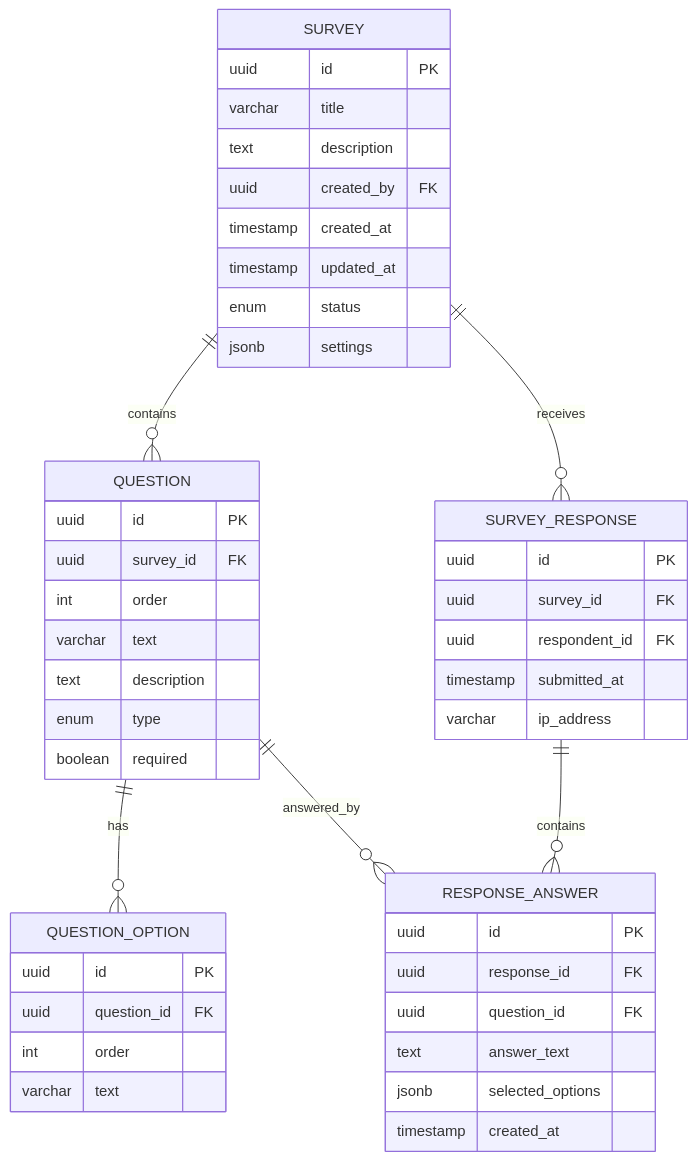
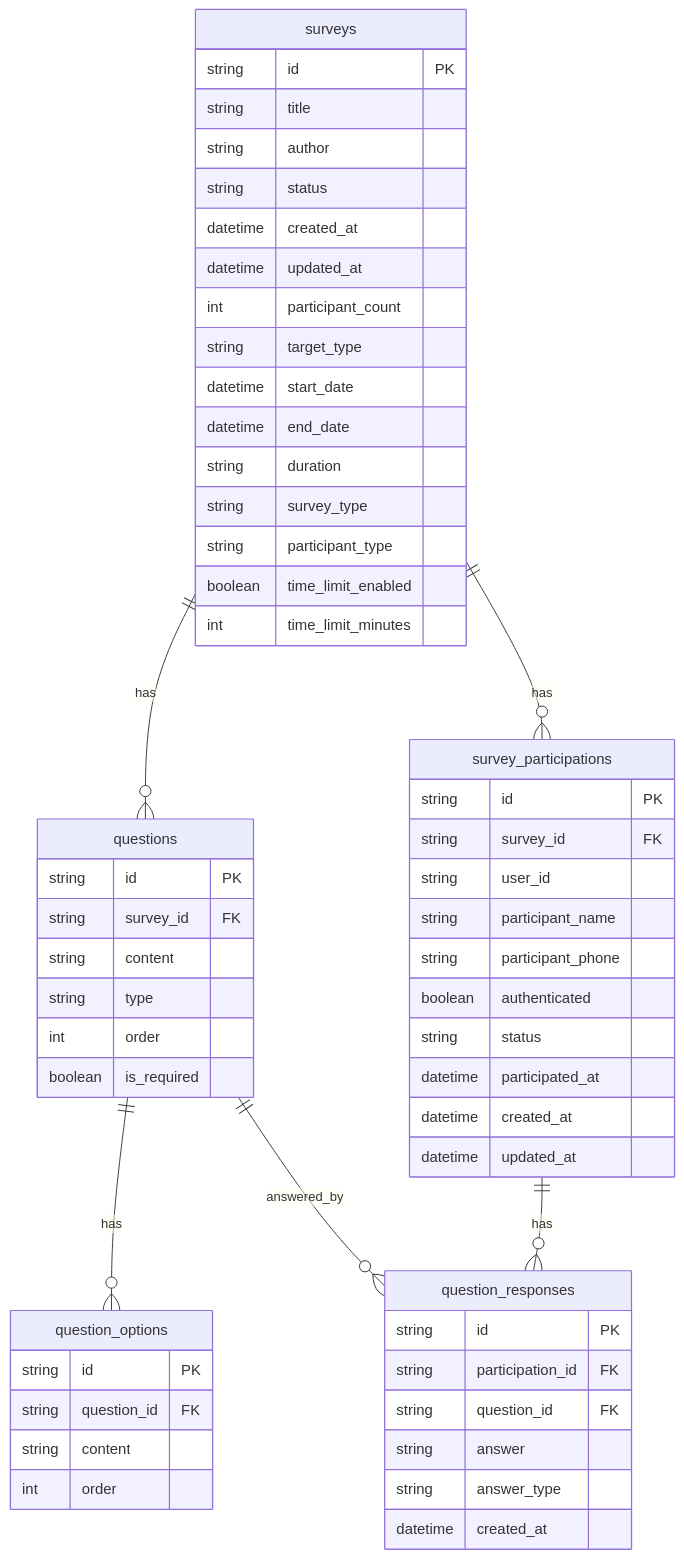
The diagram in KominioAi/backend/readme.md (skyleedevzero86/studyKotlin), drawn with Mermaid before and after one commit. The commit also changed other lines of this file and 1 other file, not shown here.

````diff
--- a/KominioAi/backend/readme.md
+++ b/KominioAi/backend/readme.md
@@ -159,53 +157,64 @@
 ```mermaid
 erDiagram
-    SURVEY {
-        uuid id PK
-        varchar title
-        text description
-        uuid created_by FK
-        timestamp created_at
-        timestamp updated_at
-        enum status
-        jsonb settings
+    surveys {
+        string id PK
+        string title
+        string author
+        string status
+        datetime created_at
+        datetime updated_at
+        int participant_count
+        string target_type
+        datetime start_date
+        datetime end_date
+        string duration
+        string survey_type
+        string participant_type
+        boolean time_limit_enabled
+        int time_limit_minutes
     }
 
-    QUESTION {
-        uuid id PK
-        uuid survey_id FK
+    questions {
+        string id PK
+        string survey_id FK
+        string content
+        string type
         int order
-        varchar text
-        text description
-        enum type
-        boolean required
+        boolean is_required
     }
 
-    QUESTION_OPTION {
-        uuid id PK
-        uuid question_id FK
+    question_options {
+        string id PK
+        string question_id FK
+        string content
         int order
-        varchar text
     }
 
-    SURVEY_RESPONSE {
-        uuid id PK
-        uuid survey_id FK
-        uuid respondent_id FK
-        timestamp submitted_at
-        varchar ip_address
+    survey_participations {
+        string id PK
+        string survey_id FK
+        string user_id
+        string participant_name
+        string participant_phone
+        boolean authenticated
+        string status
+        datetime participated_at
+        datetime created_at
+        datetime updated_at
     }
 
-    RESPONSE_ANSWER {
-        uuid id PK
-        uuid response_id FK
-        uuid question_id FK
-        text answer_text
-        jsonb selected_options
-        timestamp created_at
+    question_responses {
+        string id PK
+        string participation_id FK
+        string question_id FK
+        string answer
+        string answer_type
+        datetime created_at
     }
 
-    SURVEY ||--o{ QUESTION : "contains"
-    QUESTION ||--o{ QUESTION_OPTION : "has"
-    SURVEY ||--o{ SURVEY_RESPONSE : "receives"
-    SURVEY_RESPONSE ||--o{ RESPONSE_ANSWER : "contains"
-    QUESTION ||--o{ RESPONSE_ANSWER : "answered_by"
+    surveys ||--o{ questions : "has"
+    questions ||--o{ question_options : "has"
+    surveys ||--o{ survey_participations : "has"
+    survey_participations ||--o{ question_responses : "has"
+    questions ||--o{ question_responses : "answered_by"
 ```
````
